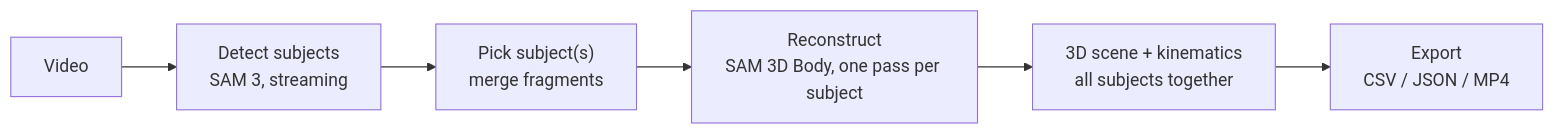
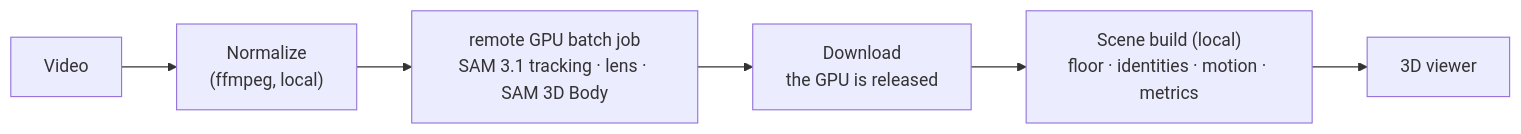
One commit to flyaurelien/kinesia changed the diagram in README.md. Above: the diagram before and after it, drawn with Mermaid. The commit also changed other lines of this file and 93 other files, not shown here.

First line of the commit message:
Redesign the web app around the remote GPU workflow

````diff
--- a/README.md
+++ b/README.md
@@ -49,8 +51,8 @@
 ```mermaid
 flowchart LR
-    A[Video] --> B["Detect subjects<br/>SAM 3, streaming"]
-    B --> C["Pick subject(s)<br/>merge fragments"]
-    C --> D["Reconstruct<br/>SAM 3D Body, one pass per subject"]
-    D --> E["3D scene + kinematics<br/>all subjects together"]
-    E --> F["Export<br/>CSV / JSON / MP4"]
+    A[Video] --> B["Normalize<br/>(ffmpeg, local)"]
+    B --> C["remote GPU batch job<br/>SAM 3.1 tracking · lens · SAM 3D Body"]
+    C --> D["Download<br/>the GPU is released"]
+    D --> E["Scene build (local)<br/>floor · identities · motion · metrics"]
+    E --> F["3D viewer"]
 ```
````
